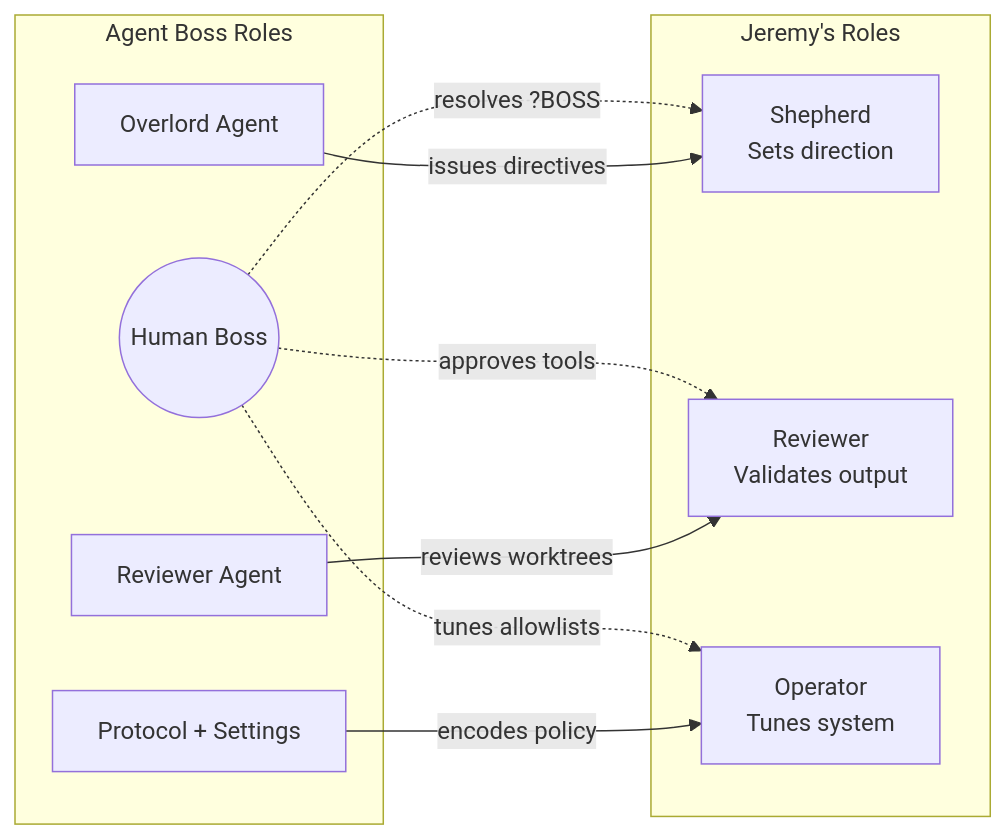
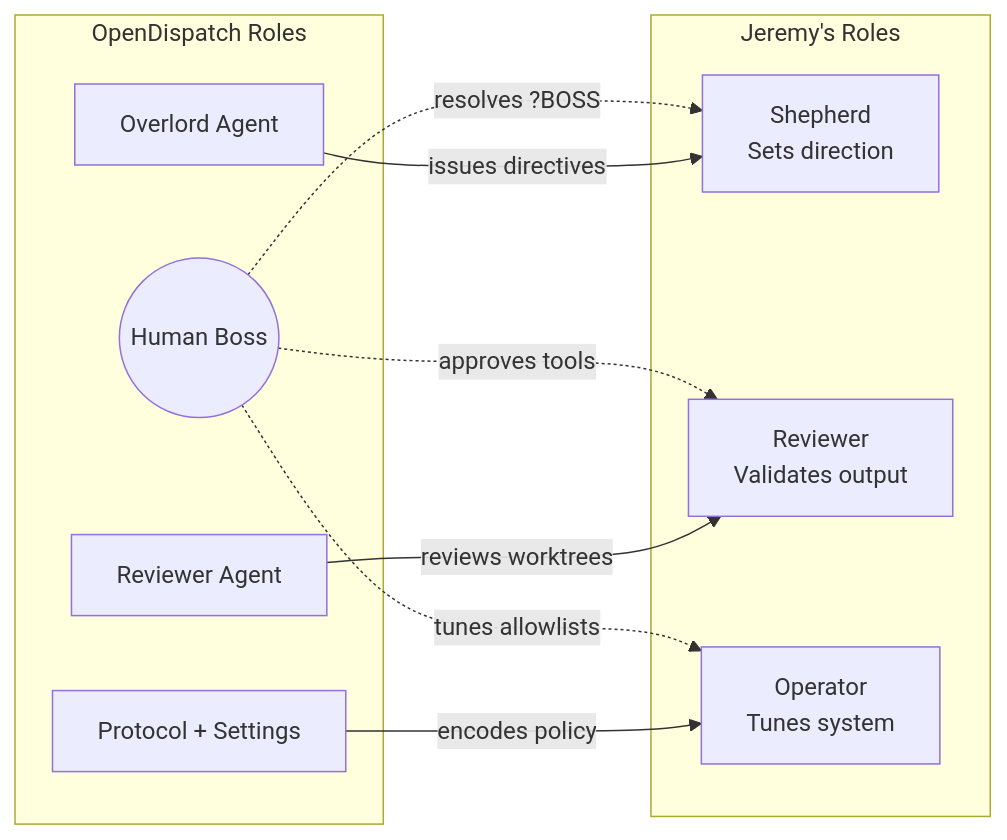
One commit to openshift-online/open-dispatch changed the second of 7 diagrams in docs/proposal-agent-boss-ambient.md. Above: the diagram before and after it, drawn with Mermaid. The commit also changed other lines of this file and 44 other files, not shown here.

First line of the commit message:
feat(rebrand): Agent Boss → OpenDispatch/oDispatch/odis (TASK-128) (#250)

````diff
--- a/docs/proposal-agent-boss-ambient.md
+++ b/docs/proposal-agent-boss-ambient.md
@@ -93,17 +93,17 @@
 ```mermaid
 graph LR
     subgraph "Jeremy's Roles"
         S[Shepherd<br/>Sets direction]
         R[Reviewer<br/>Validates output]
         O[Operator<br/>Tunes system]
     end
 
-    subgraph "Agent Boss Roles"
+    subgraph "OpenDispatch Roles"
         H((Human Boss)) -.->|resolves ?BOSS| S
         H -.->|approves tools| R
         H -.->|tunes allowlists| O
         OV[Overlord Agent] -->|issues directives| S
         RV[Reviewer Agent] -->|reviews worktrees| R
         BL2[Protocol + Settings] -->|encodes policy| O
     end
 ```
````
